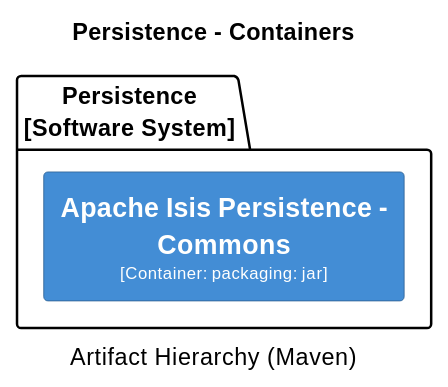
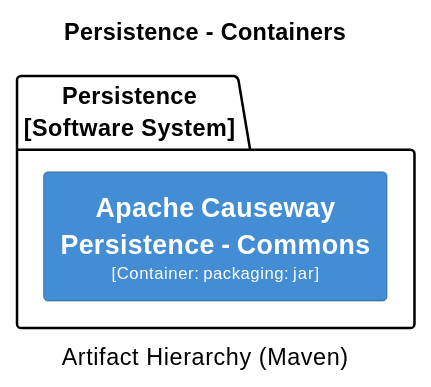
Before and after one commit to apache/causeway: the eighth of 32 diagrams in core/adoc/modules/_overview/pages/about.adoc, drawn with PlantUML. The commit also changed other lines of this file and 398 other files, not shown here.

```diff
--- a/core/adoc/modules/_overview/pages/about.adoc
+++ b/core/adoc/modules/_overview/pages/about.adoc
@@ -1985,25 +1985,25 @@
 [plantuml,Persistence,svg]
 ----
 @startuml(id=Persistence)
 title Persistence - Containers
 caption Artifact Hierarchy (Maven)
 
 skinparam {
   shadowing false
   arrowFontSize 10
   defaultTextAlignment center
   wrapWidth 200
   maxMessageSize 100
 }
 hide stereotype
 left to right direction
 skinparam rectangle<<2>> {
   BackgroundColor #438dd5
   FontColor #fffffe
   BorderColor #2E6295
 }
 package "Persistence\n[Software System]" {
-  rectangle "==Apache Isis Persistence - Commons\n<size:10>[Container: packaging: jar]</size>" <<2>> as 2
+  rectangle "==Apache Causeway Persistence - Commons\n<size:10>[Container: packaging: jar]</size>" <<2>> as 2
 }
 @enduml
 ----
```
